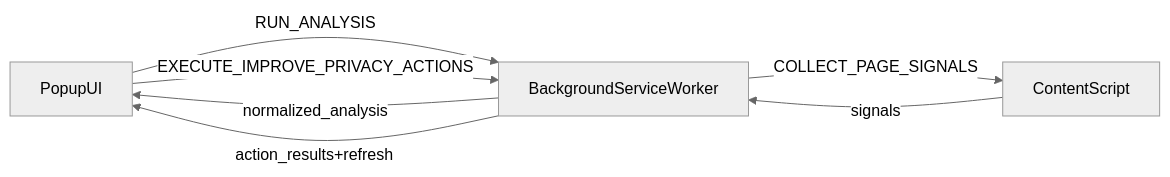
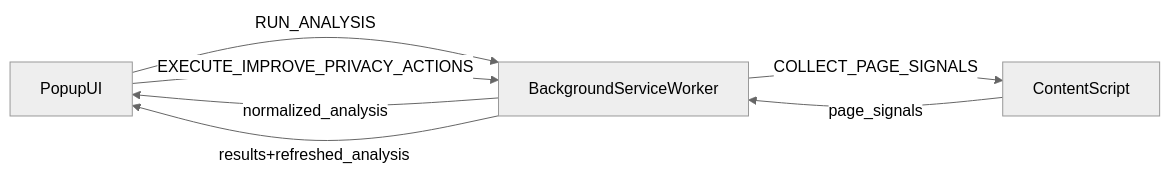
The diagram in README.md (lioka0099/Privacy-Assistant), drawn with Mermaid (neutral theme) before and after one commit. The commit also changed other lines of this file and 21 other files, not shown here.

````diff
--- a/README.md
+++ b/README.md
@@ -83,9 +177,9 @@
 ```mermaid
 flowchart LR
   popup[PopupUI] -->|RUN_ANALYSIS| bg[BackgroundServiceWorker]
   bg -->|COLLECT_PAGE_SIGNALS| content[ContentScript]
-  content -->|signals| bg
+  content -->|page_signals| bg
   bg -->|normalized_analysis| popup
   popup -->|EXECUTE_IMPROVE_PRIVACY_ACTIONS| bg
-  bg -->|action_results+refresh| popup
+  bg -->|results+refreshed_analysis| popup
 ```
````
